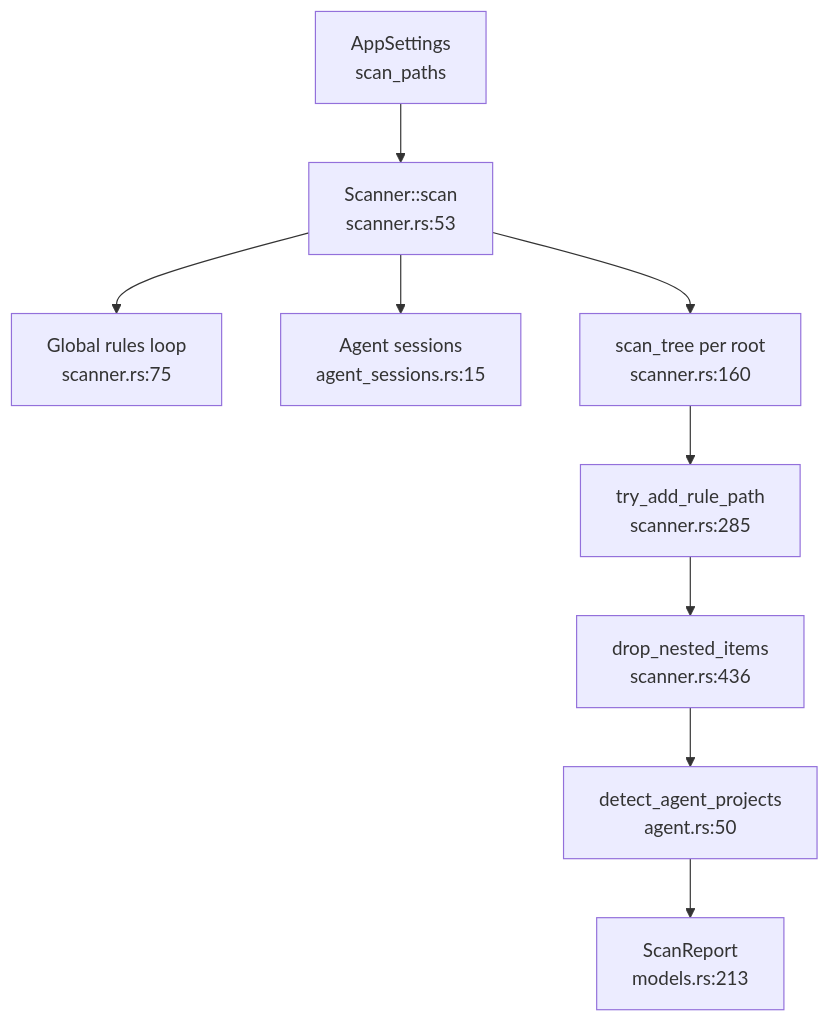
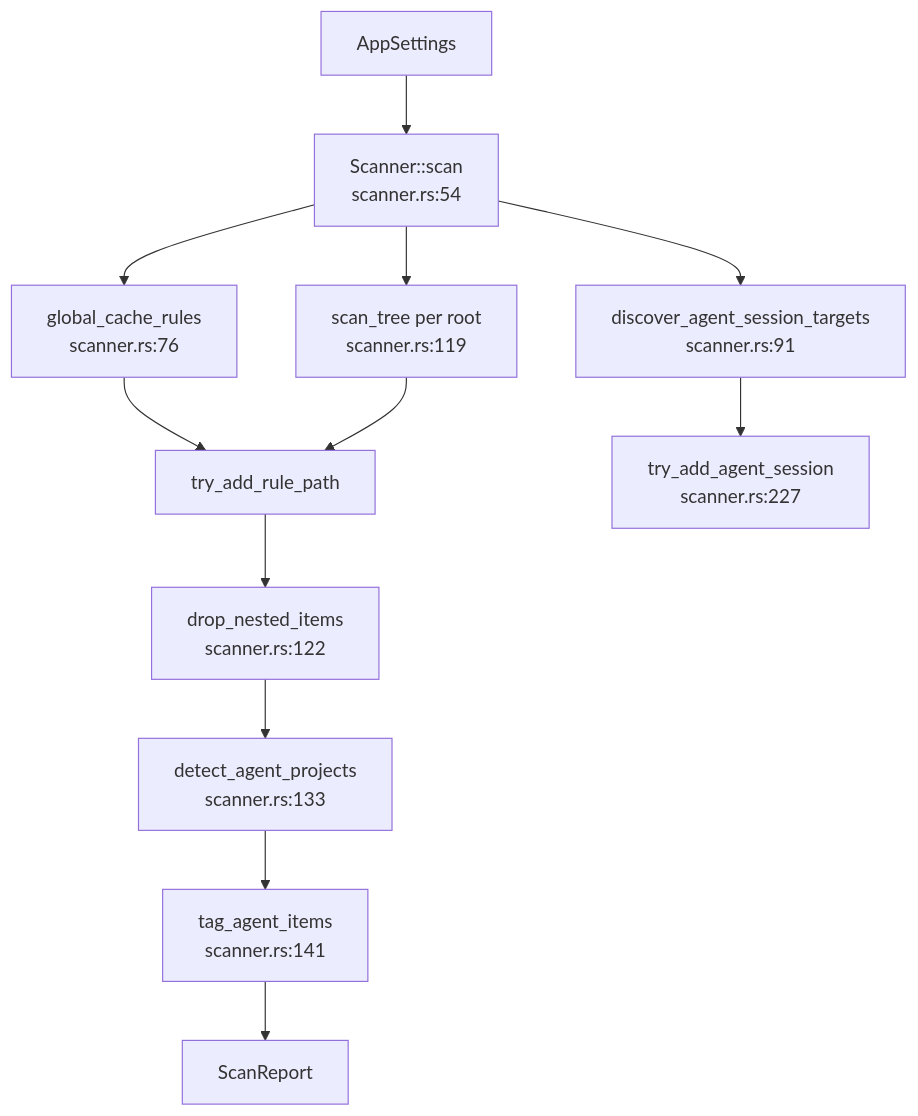
One commit to sopaco/CLV3000-Plus changed the diagram in .terrain/human/4.Deep-Exploration/scanner.md. Above: the diagram before and after it, drawn with Mermaid. The commit also changed other lines of this file and 15 other files, not shown here.

````diff
--- a/.terrain/human/4.Deep-Exploration/scanner.md
+++ b/.terrain/human/4.Deep-Exploration/scanner.md
@@ -46,11 +49,14 @@
 ```mermaid
 flowchart TD
-    A["AppSettings<br/>scan_paths"] --> B["Scanner::scan<br/>scanner.rs:53"]
-    B --> C["Global rules loop<br/>scanner.rs:75"]
-    B --> D["Agent sessions<br/>agent_sessions.rs:15"]
-    B --> E["scan_tree per root<br/>scanner.rs:160"]
-    E --> F["try_add_rule_path<br/>scanner.rs:285"]
-    F --> G["drop_nested_items<br/>scanner.rs:436"]
-    G --> H["detect_agent_projects<br/>agent.rs:50"]
-    H --> I["ScanReport<br/>models.rs:213"]
+    A["AppSettings"] --> B["Scanner::scan<br/>scanner.rs:54"]
+    B --> C["global_cache_rules<br/>scanner.rs:76"]
+    B --> D["discover_agent_session_targets<br/>scanner.rs:91"]
+    B --> E["scan_tree per root<br/>scanner.rs:119"]
+    C --> F["try_add_rule_path"]
+    D --> G["try_add_agent_session<br/>scanner.rs:227"]
+    E --> F
+    F --> H["drop_nested_items<br/>scanner.rs:122"]
+    H --> I["detect_agent_projects<br/>scanner.rs:133"]
+    I --> J["tag_agent_items<br/>scanner.rs:141"]
+    J --> K["ScanReport"]
 ```
````
